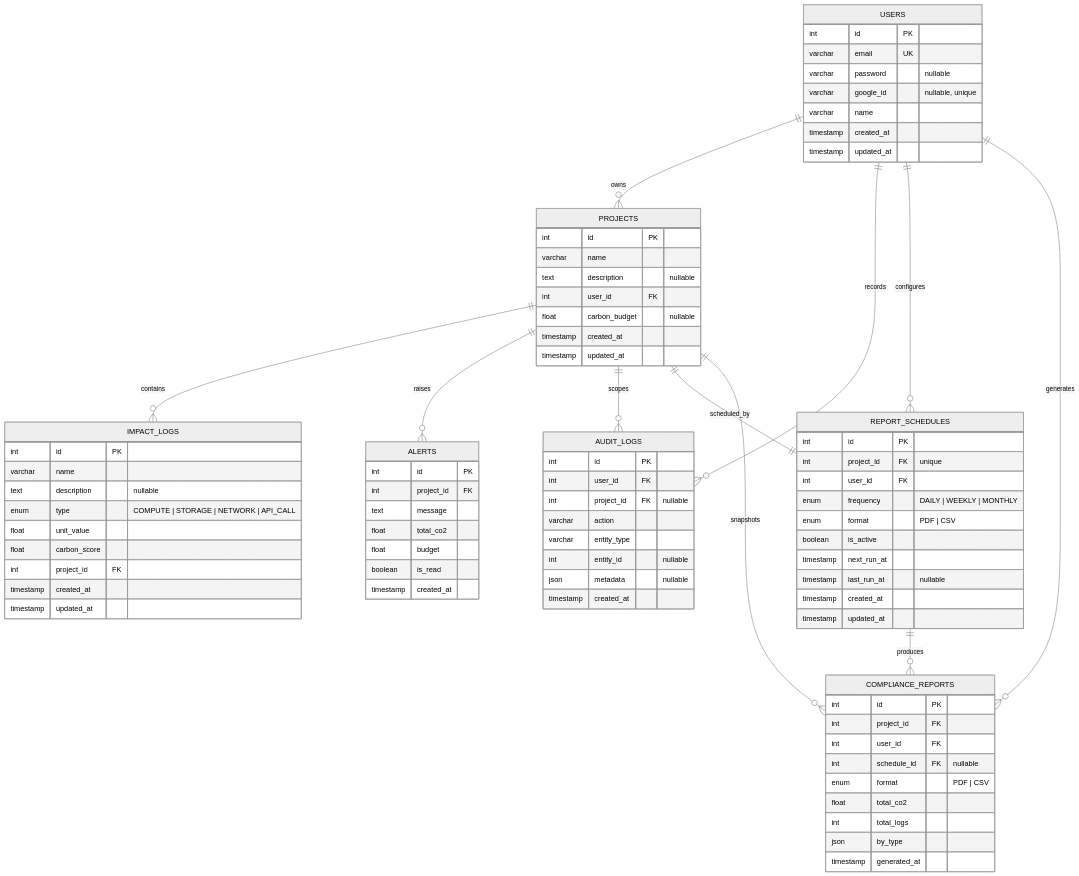
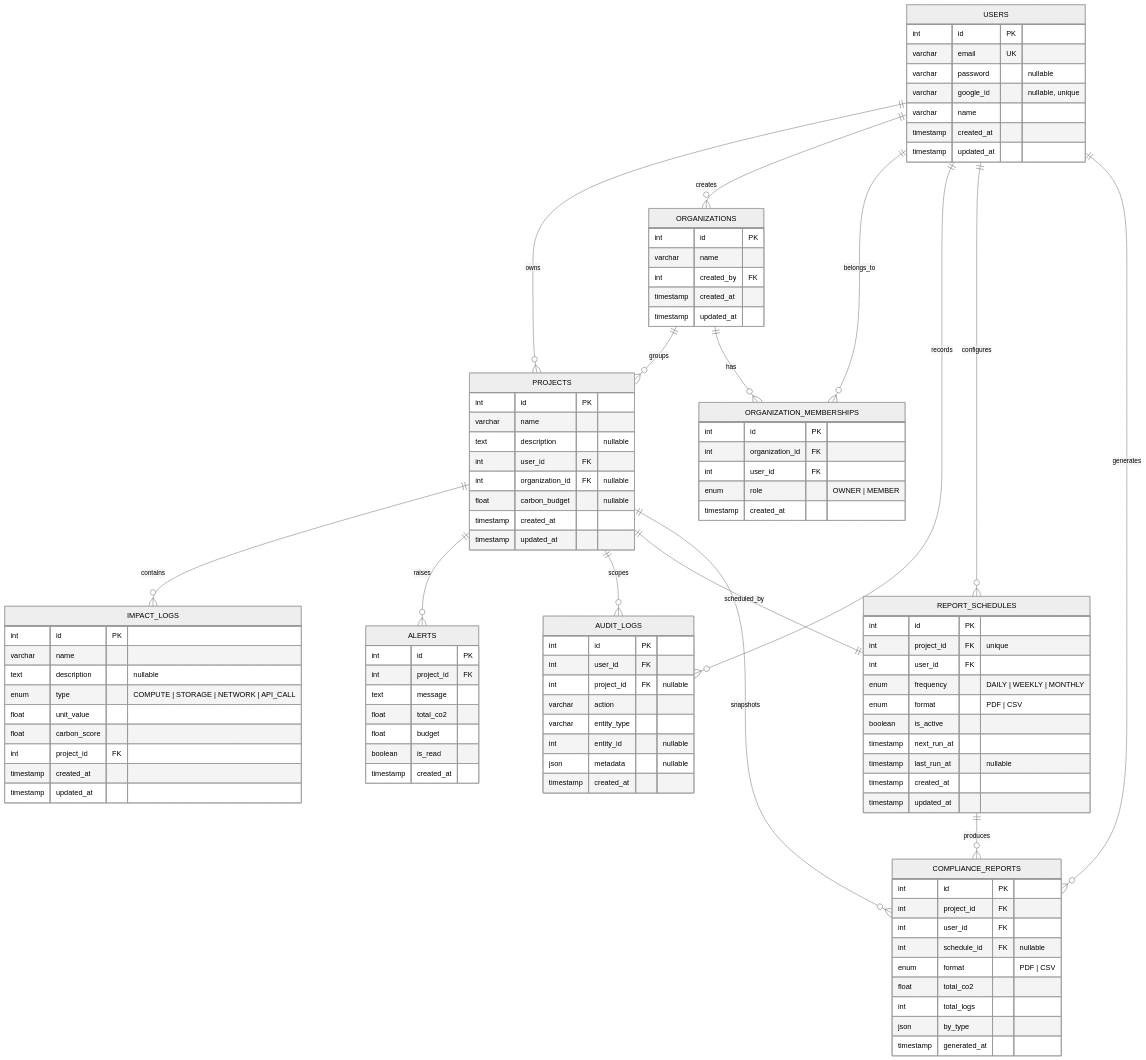
One commit to IronwallxR5/GreenPulse changed the diagram in ErDiagram.md. Above: the diagram before and after it, drawn with Mermaid (neutral theme). The commit also changed other lines of this file and 22 other files, not shown here.

Commit message:
Add organization multi-tenancy with memberships and org-scoped project access

```diff
--- a/ErDiagram.md
+++ b/ErDiagram.md
@@ -19,9 +19,26 @@
         varchar name
         text description "nullable"
         int user_id FK
+        int organization_id FK "nullable"
         float carbon_budget "nullable"
         timestamp created_at
         timestamp updated_at
+    }
+
+    ORGANIZATIONS {
+        int id PK
+        varchar name
+        int created_by FK
+        timestamp created_at
+        timestamp updated_at
+    }
+
+    ORGANIZATION_MEMBERSHIPS {
+        int id PK
+        int organization_id FK
+        int user_id FK
+        enum role "OWNER | MEMBER"
+        timestamp created_at
     }
 
     IMPACT_LOGS {
@@ -85,6 +102,10 @@
     USERS ||--o{ PROJECTS : owns
     PROJECTS ||--o{ IMPACT_LOGS : contains
     PROJECTS ||--o{ ALERTS : raises
+    ORGANIZATIONS ||--o{ PROJECTS : groups
+    USERS ||--o{ ORGANIZATIONS : creates
+    ORGANIZATIONS ||--o{ ORGANIZATION_MEMBERSHIPS : has
+    USERS ||--o{ ORGANIZATION_MEMBERSHIPS : belongs_to
     USERS ||--o{ AUDIT_LOGS : records
     PROJECTS ||--o{ AUDIT_LOGS : scopes
     USERS ||--o{ REPORT_SCHEDULES : configures
```
